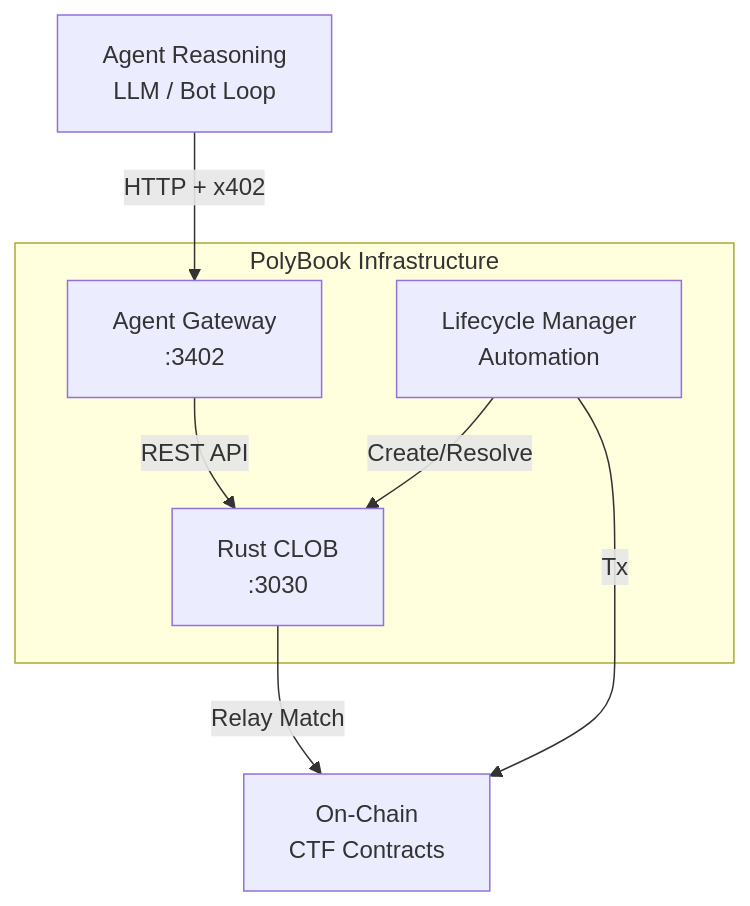
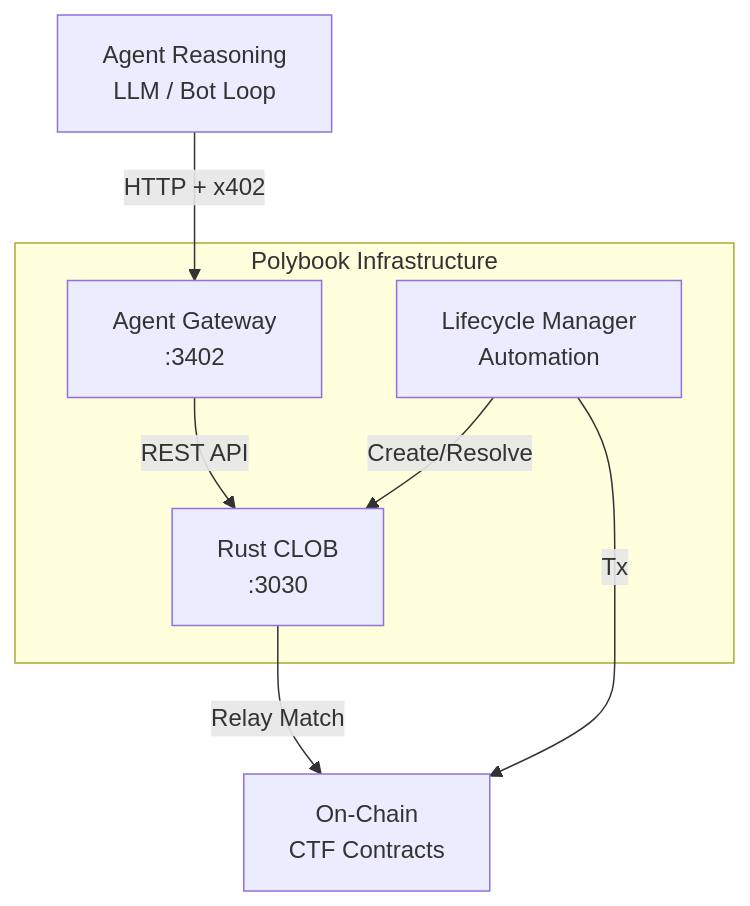
Before and after one commit to sanchaymittal/polybook: the first of 2 diagrams in README.md, drawn with Mermaid. The commit also changed other lines of this file, not shown here.

````diff
--- a/README.md
+++ b/README.md
@@ -28,15 +76,15 @@
 ```mermaid
 graph TD
     Agent[Agent Reasoning<br/>LLM / Bot Loop] -->|HTTP + x402| Gateway[Agent Gateway<br/>:3402]
     Gateway -->|REST API| CLOB[Rust CLOB<br/>:3030]
     CLOB -->|Relay Match| Chain[On-Chain<br/>CTF Contracts]
 
-    subgraph "PolyBook Infrastructure"
+    subgraph "Polybook Infrastructure"
         Gateway
         CLOB
         Life[Lifecycle Manager<br/>Automation]
     end
 
     Life -->|Create/Resolve| CLOB
     Life -->|Tx| Chain
 ```
````
